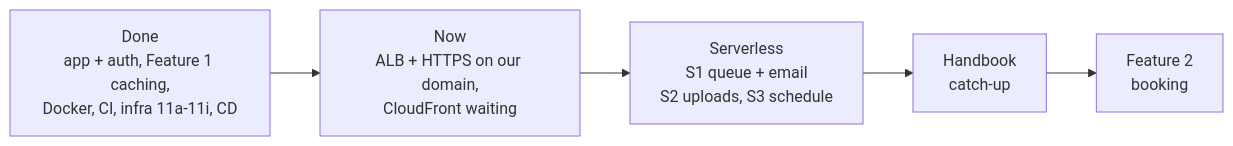
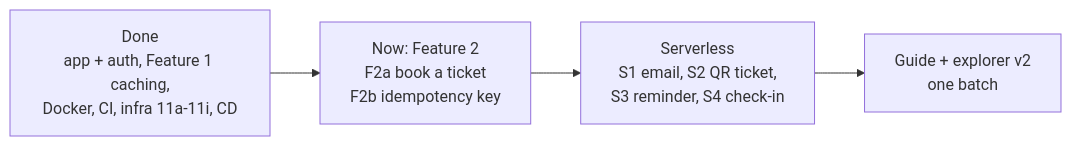
Before and after one commit to maheshnd/minitickets: the diagram in docs/handbook/ROADMAP.md, drawn with Mermaid. The commit also changed other lines of this file and 42 other files, not shown here.

Commit message:
feat(bookings): book a ticket + My tickets, row-locked booking transaction, race demo

````diff
--- a/docs/handbook/ROADMAP.md
+++ b/docs/handbook/ROADMAP.md
@@ -11,7 +12,6 @@
 ```mermaid
 flowchart LR
-    done["Done<br/>app + auth, Feature 1 caching,<br/>Docker, CI, infra 11a-11i, CD"] --> now["Now<br/>ALB + HTTPS on our domain,<br/>CloudFront waiting"]
-    now --> s1["Serverless<br/>S1 queue + email<br/>S2 uploads, S3 schedule"]
-    s1 --> hb["Handbook<br/>catch-up"]
-    hb --> f2["Feature 2<br/>booking"]
+    done["Done<br/>app + auth, Feature 1 caching,<br/>Docker, CI, infra 11a-11i, CD"] --> f2["Now: Feature 2<br/>F2a book a ticket<br/>F2b idempotency key"]
+    f2 --> sls["Serverless<br/>S1 email, S2 QR ticket,<br/>S3 reminder, S4 check-in"]
+    sls --> batch["Guide + explorer v2<br/>one batch"]
 ```
````
